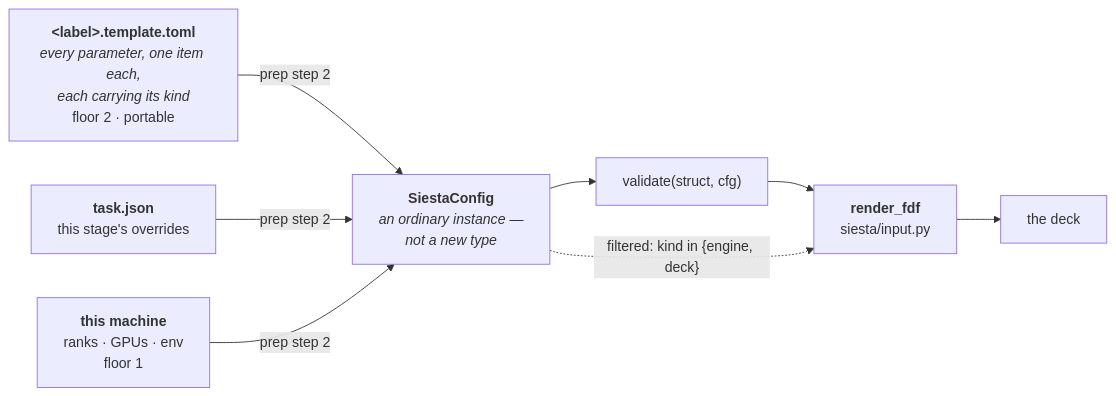
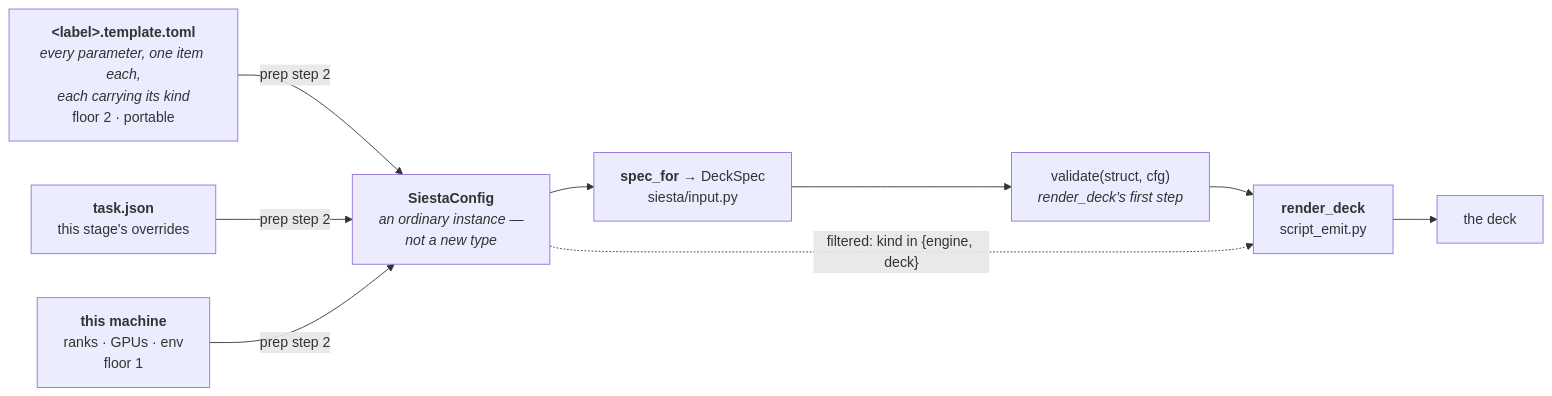
The second of 3 diagrams in docs/engines/siesta.md (Qing-LAB/molbuilder), drawn with Mermaid before and after one commit. The commit also changed other lines of this file and 745 other files, not shown here.

````diff
--- a/docs/engines/siesta.md
+++ b/docs/engines/siesta.md
@@ -124,15 +133,16 @@
 ```mermaid
 flowchart LR
     T["<b>&lt;label&gt;.template.toml</b><br/><i>every parameter, one item each,<br/>each carrying its kind</i><br/>floor 2 · portable"]
     O["<b>task.json</b><br/>this stage's overrides"]
     M["<b>this machine</b><br/>ranks · GPUs · env<br/>floor 1"]
     C["<b>SiestaConfig</b><br/><i>an ordinary instance —<br/>not a new type</i>"]
-    V["validate(struct, cfg)"]
-    R["<b>render_fdf</b><br/>siesta/input.py"]
+    SP["<b>spec_for</b> → DeckSpec<br/>siesta/input.py"]
+    V["validate(struct, cfg)<br/><i>render_deck's first step</i>"]
+    R["<b>render_deck</b><br/>script_emit.py"]
     D["the deck"]
     T -->|"prep step 2"| C
     O -->|"prep step 2"| C
     M -->|"prep step 2"| C
-    C --> V --> R --> D
+    C --> SP --> V --> R --> D
     C -.->|"filtered: kind in {engine, deck}"| R
 ```
````
